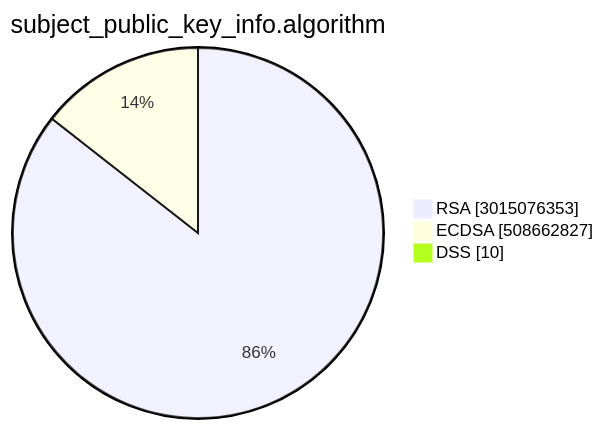
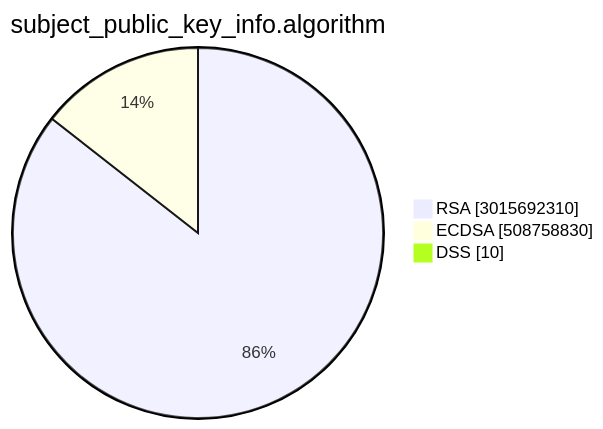
The second of 15 diagrams in TOTAL/README.md (christiankrug/ctmonitor_visualization), drawn with Mermaid before and after one commit. The commit also changed other lines of this file, not shown here.

````diff
--- a/TOTAL/README.md
+++ b/TOTAL/README.md
@@ -6,7 +6,7 @@
 ```mermaid
 pie showData
 title subject_public_key_info.algorithm
-"RSA" :3015076353
-"ECDSA" :508662827
+"RSA" :3015692310
+"ECDSA" :508758830
 "DSS" :10
 ```
````
